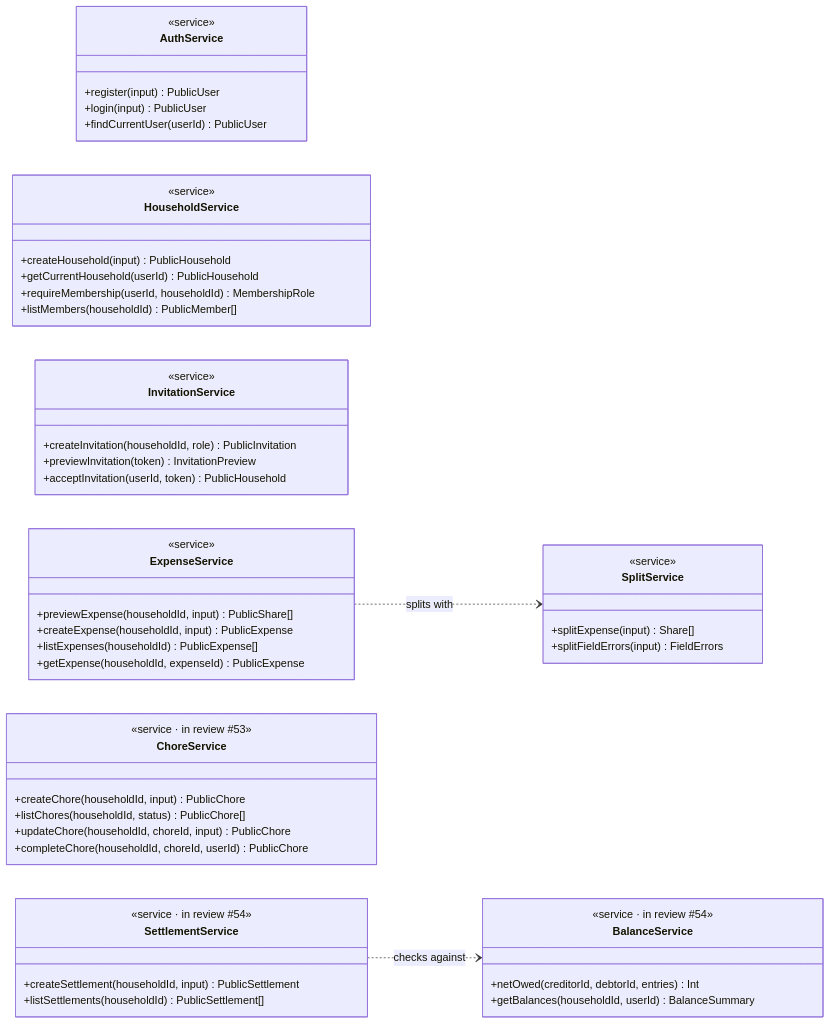
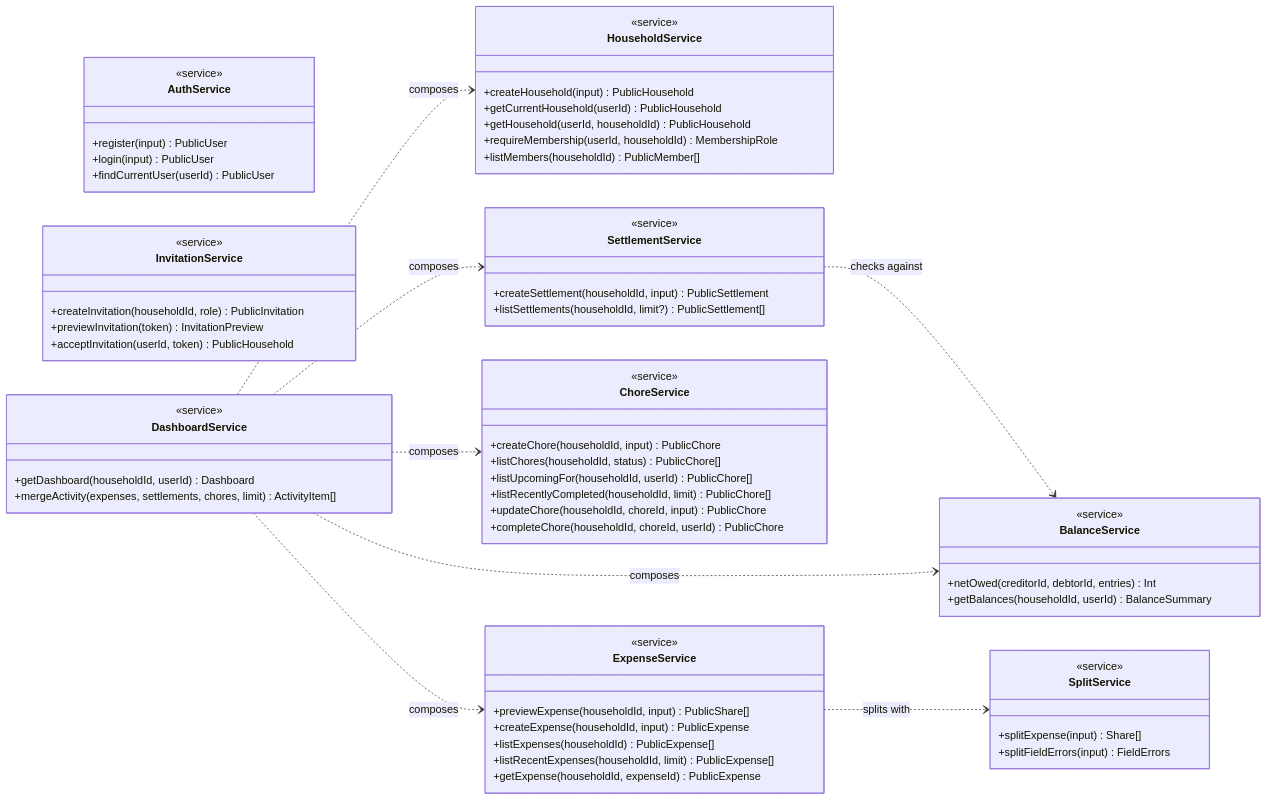
Before and after one commit to orvaldez/RoomSync: the second of 3 diagrams in docs/design/design-classes.md, drawn with Mermaid. The commit also changed other lines of this file and 48 other files, not shown here.

````diff
--- a/docs/design/design-classes.md
+++ b/docs/design/design-classes.md
@@ -171,63 +170,78 @@
 ```mermaid
 classDiagram
     direction LR
 
     class AuthService {
         <<service>>
         +register(input) PublicUser
         +login(input) PublicUser
         +findCurrentUser(userId) PublicUser
     }
 
     class HouseholdService {
         <<service>>
         +createHousehold(input) PublicHousehold
         +getCurrentHousehold(userId) PublicHousehold
+        +getHousehold(userId, householdId) PublicHousehold
         +requireMembership(userId, householdId) MembershipRole
         +listMembers(householdId) PublicMember[]
     }
 
     class InvitationService {
         <<service>>
         +createInvitation(householdId, role) PublicInvitation
         +previewInvitation(token) InvitationPreview
         +acceptInvitation(userId, token) PublicHousehold
     }
 
     class ExpenseService {
         <<service>>
         +previewExpense(householdId, input) PublicShare[]
         +createExpense(householdId, input) PublicExpense
         +listExpenses(householdId) PublicExpense[]
+        +listRecentExpenses(householdId, limit) PublicExpense[]
         +getExpense(householdId, expenseId) PublicExpense
     }
 
     class SplitService {
         <<service>>
         +splitExpense(input) Share[]
         +splitFieldErrors(input) FieldErrors
     }
 
     class ChoreService {
-        <<service · in review #53>>
+        <<service>>
         +createChore(householdId, input) PublicChore
         +listChores(householdId, status) PublicChore[]
+        +listUpcomingFor(householdId, userId) PublicChore[]
+        +listRecentlyCompleted(householdId, limit) PublicChore[]
         +updateChore(householdId, choreId, input) PublicChore
         +completeChore(householdId, choreId, userId) PublicChore
     }
 
     class BalanceService {
-        <<service · in review #54>>
+        <<service>>
         +netOwed(creditorId, debtorId, entries) Int
         +getBalances(householdId, userId) BalanceSummary
     }
 
     class SettlementService {
-        <<service · in review #54>>
+        <<service>>
         +createSettlement(householdId, input) PublicSettlement
-        +listSettlements(householdId) PublicSettlement[]
+        +listSettlements(householdId, limit?) PublicSettlement[]
+    }
+
+    class DashboardService {
+        <<service>>
+        +getDashboard(householdId, userId) Dashboard
+        +mergeActivity(expenses, settlements, chores, limit) ActivityItem[]
     }
 
     ExpenseService ..> SplitService : splits with
     SettlementService ..> BalanceService : checks against
+    DashboardService ..> HouseholdService : composes
+    DashboardService ..> BalanceService : composes
+    DashboardService ..> ChoreService : composes
+    DashboardService ..> ExpenseService : composes
+    DashboardService ..> SettlementService : composes
 ```
````
